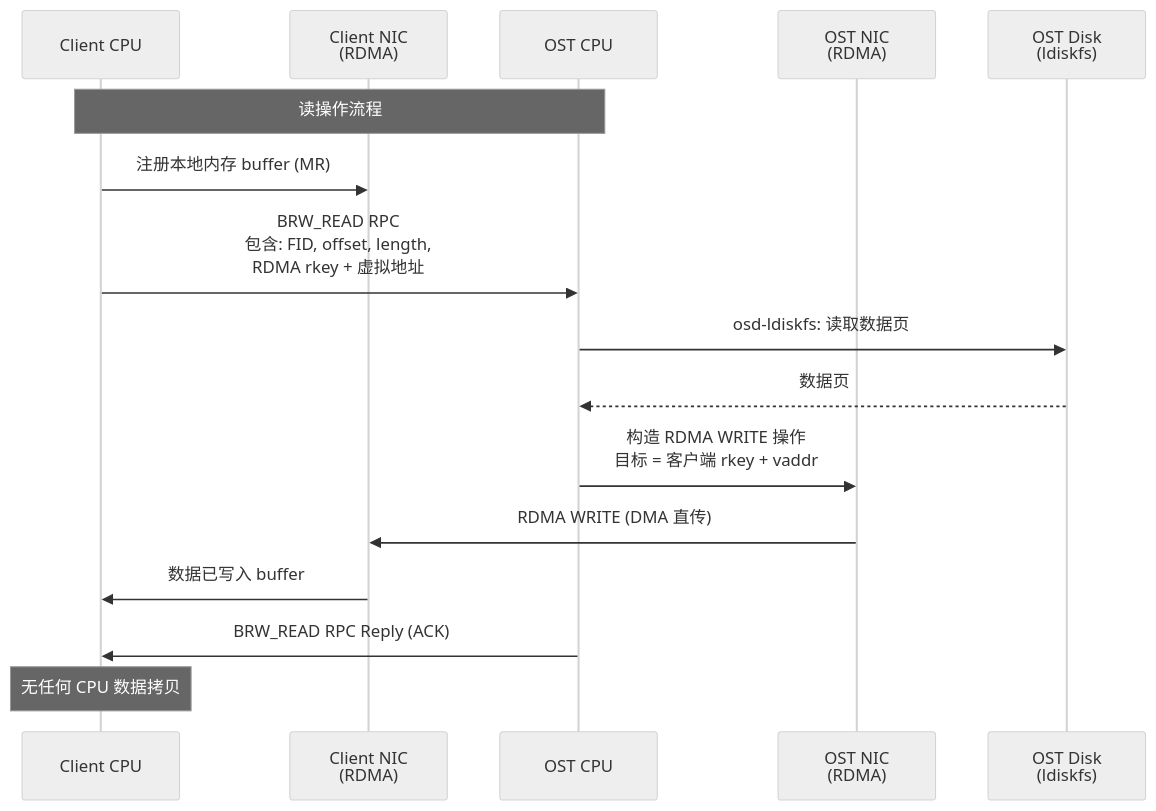
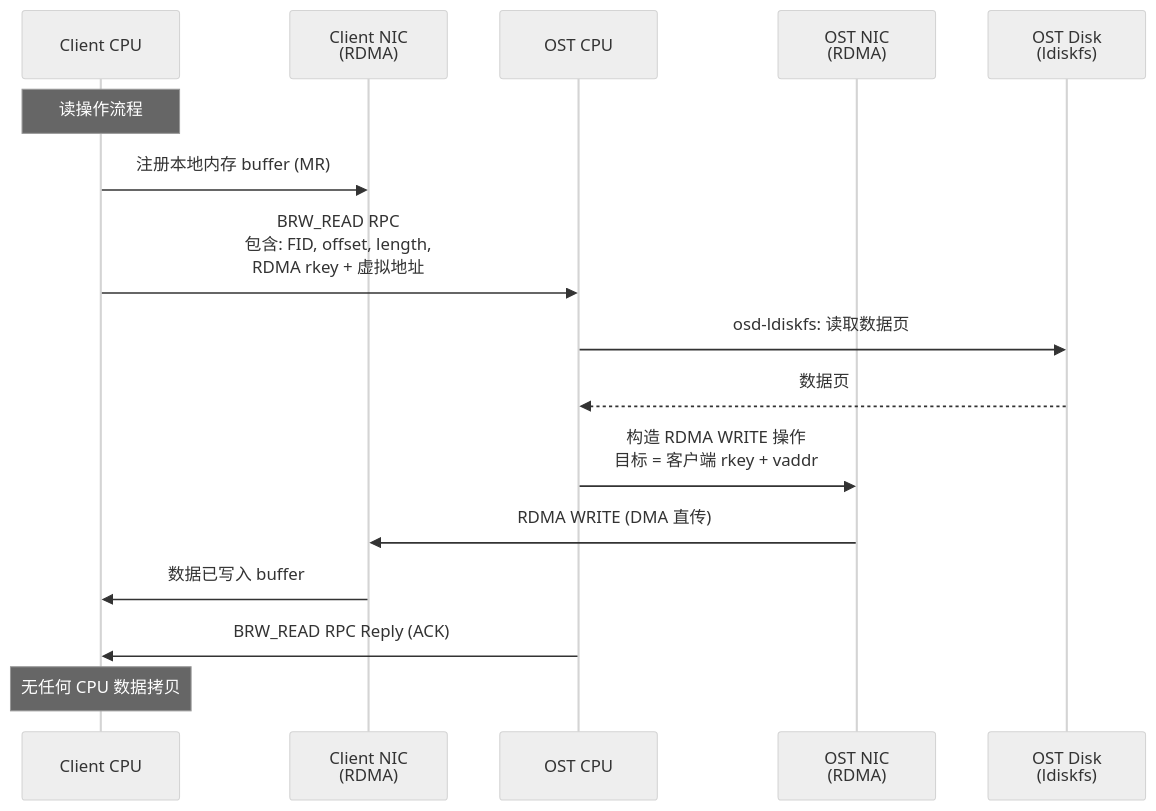
The eighth of 9 diagrams in Storage/lustre/lustre的并行机制分析.md (carlvinhust2012/MyStudy), drawn with Mermaid (neutral theme) before and after one commit. The commit also changed other lines of this file, not shown here.

````diff
--- a/Storage/lustre/lustre的并行机制分析.md
+++ b/Storage/lustre/lustre的并行机制分析.md
@@ -411,24 +411,24 @@
 ```mermaid
 sequenceDiagram
     participant C_Client as Client CPU
     participant C_NIC as Client NIC<br/>(RDMA)
     participant O_Server as OST CPU
     participant O_NIC as OST NIC<br/>(RDMA)
     participant DISK as OST Disk<br/>(ldiskfs)
 
-    Note over C_Client,O_Server: 读操作流程
+    Note over C_Client: 读操作流程
 
     C_Client->>C_NIC: 注册本地内存 buffer (MR)
     C_Client->>O_Server: BRW_READ RPC<br/>包含: FID, offset, length,<br/>RDMA rkey + 虚拟地址
 
     O_Server->>DISK: osd-ldiskfs: 读取数据页
     DISK-->>O_Server: 数据页
 
     O_Server->>O_NIC: 构造 RDMA WRITE 操作<br/>目标 = 客户端 rkey + vaddr
     O_NIC->>C_NIC: RDMA WRITE (DMA 直传)
     C_NIC->>C_Client: 数据已写入 buffer
 
     O_Server->>C_Client: BRW_READ RPC Reply (ACK)
 
     Note over C_Client: 无任何 CPU 数据拷贝
 ```
````
